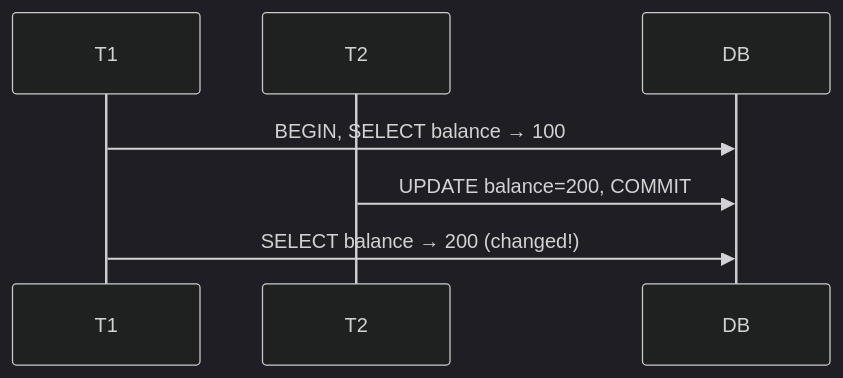
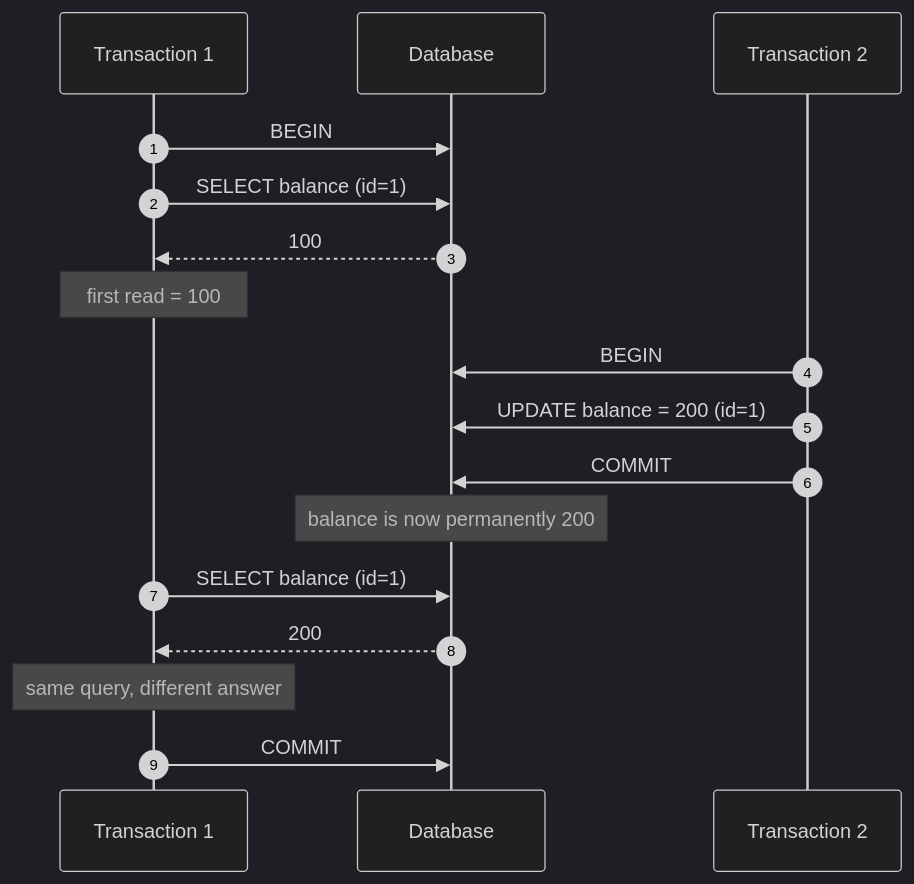
One commit to tanaymakharia17/tanaymakharia17.github.io changed the second of 5 diagrams in _posts/2026-09-23-concurrency-problems-isolation-levels.md. Above: the diagram before and after it, drawn with Mermaid (dark theme). The commit also changed other lines of this file, not shown here.

Commit message:
Rewrite isolation levels post for beginners with clearer diagrams

````diff
--- a/_posts/2026-09-23-concurrency-problems-isolation-levels.md
+++ b/_posts/2026-09-23-concurrency-problems-isolation-levels.md
@@ -36,8 +64,20 @@
 ```mermaid
 sequenceDiagram
-    participant T1
-    participant T2
-    T1->>DB: BEGIN, SELECT balance → 100
-    T2->>DB: UPDATE balance=200, COMMIT
-    T1->>DB: SELECT balance → 200 (changed!)
+    autonumber
+    participant T1 as Transaction 1
+    participant DB as Database
+    participant T2 as Transaction 2
+
+    T1->>DB: BEGIN
+    T1->>DB: SELECT balance (id=1)
+    DB-->>T1: 100
+    Note over T1: first read = 100
+    T2->>DB: BEGIN
+    T2->>DB: UPDATE balance = 200 (id=1)
+    T2->>DB: COMMIT
+    Note over DB: balance is now permanently 200
+    T1->>DB: SELECT balance (id=1)
+    DB-->>T1: 200
+    Note over T1: same query, different answer
+    T1->>DB: COMMIT
 ```
````
